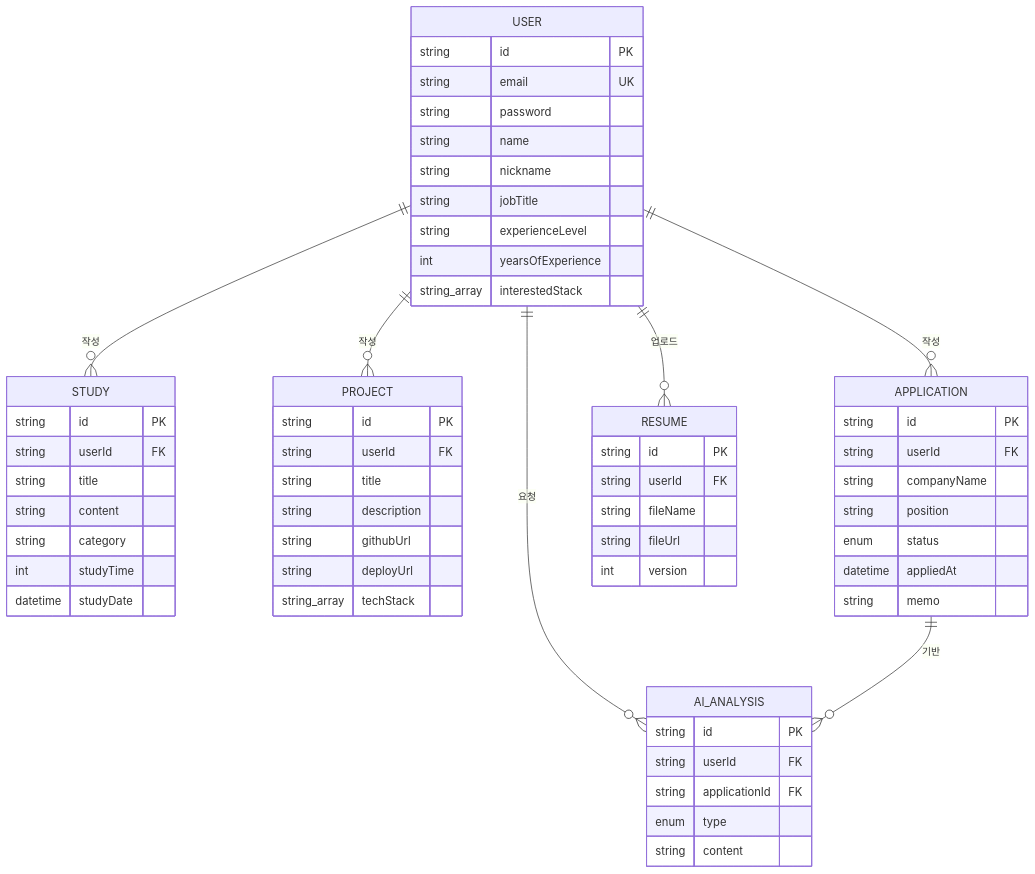
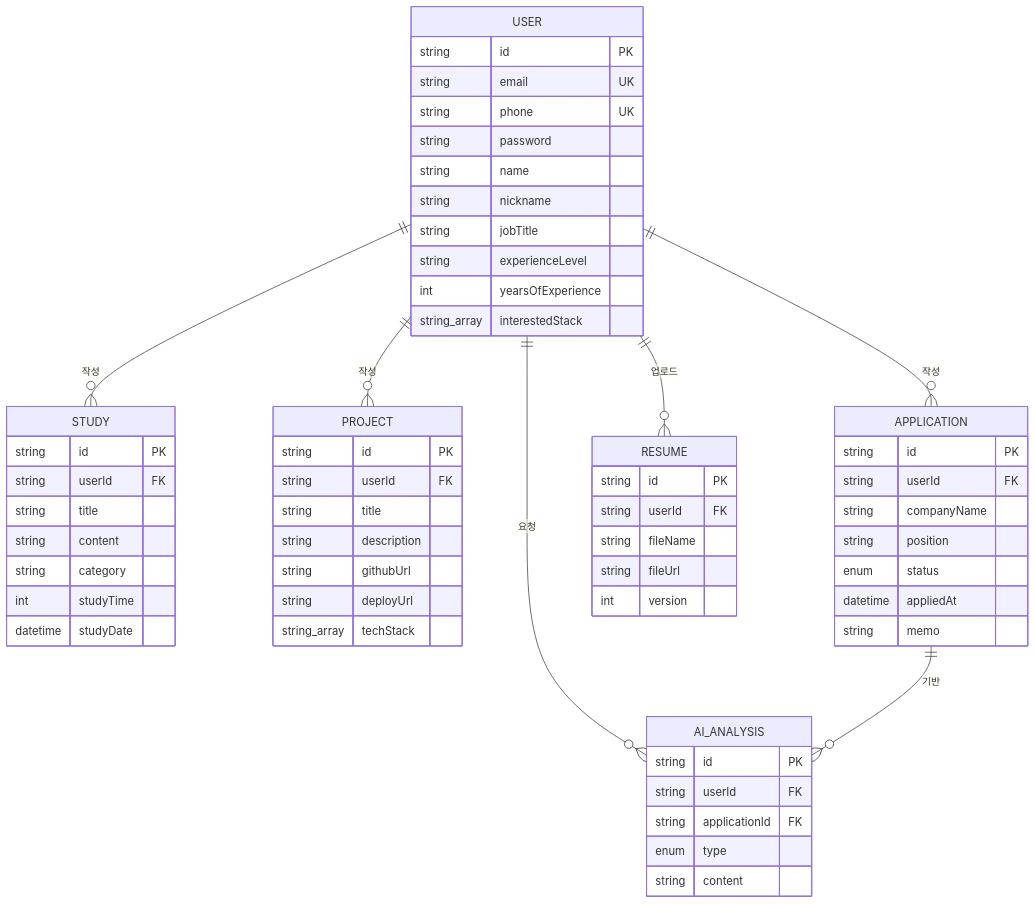
One commit to gajigaji04/AI-Career-Tracker changed the second of 4 diagrams in README.md. Above: the diagram before and after it, drawn with Mermaid. The commit also changed other lines of this file and 5 other files, not shown here.

````diff
--- a/README.md
+++ b/README.md
@@ -233,62 +240,63 @@
 ```mermaid
 erDiagram
     USER ||--o{ STUDY : "작성"
     USER ||--o{ PROJECT : "작성"
     USER ||--o{ APPLICATION : "작성"
     USER ||--o{ RESUME : "업로드"
     USER ||--o{ AI_ANALYSIS : "요청"
     APPLICATION ||--o{ AI_ANALYSIS : "기반"
 
     USER {
         string id PK
         string email UK
+        string phone UK
         string password
         string name
         string nickname
         string jobTitle
         string experienceLevel
         int yearsOfExperience
         string_array interestedStack
     }
     STUDY {
         string id PK
         string userId FK
         string title
         string content
         string category
         int studyTime
         datetime studyDate
     }
     PROJECT {
         string id PK
         string userId FK
         string title
         string description
         string githubUrl
         string deployUrl
         string_array techStack
     }
     APPLICATION {
         string id PK
         string userId FK
         string companyName
         string position
         enum status
         datetime appliedAt
         string memo
     }
     RESUME {
         string id PK
         string userId FK
         string fileName
         string fileUrl
         int version
     }
     AI_ANALYSIS {
         string id PK
         string userId FK
         string applicationId FK
         enum type
         string content
     }
 ```
````
